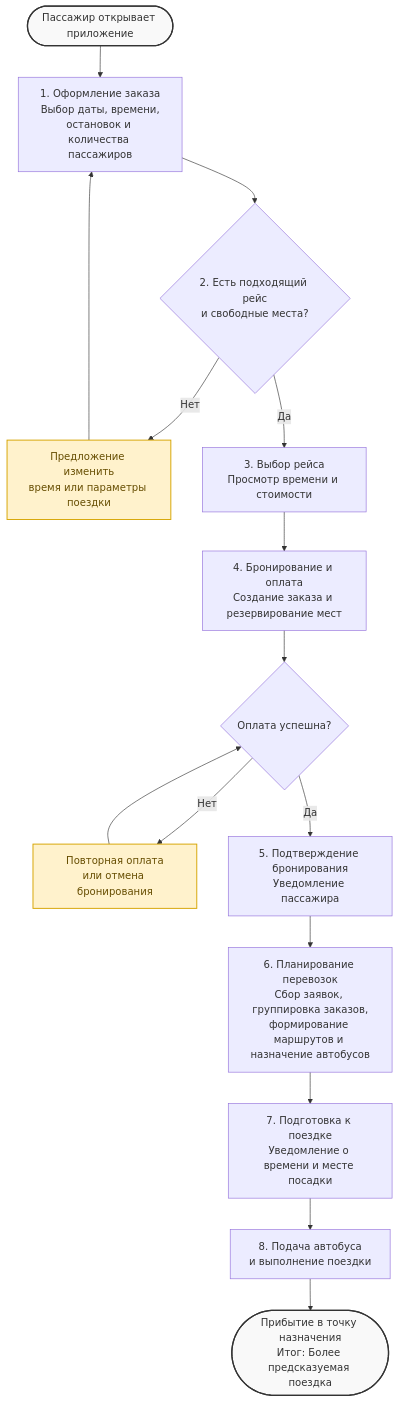
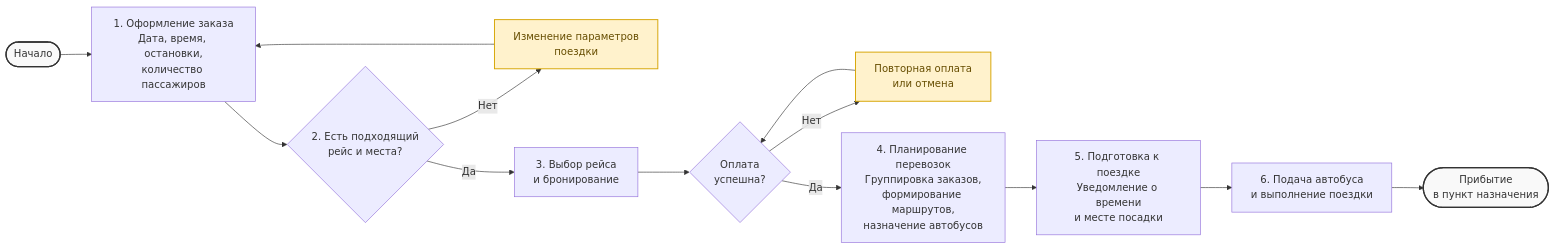
The diagram in docs/research/research_study/to-be.md (victoriapetrova2910/Project_custombus), drawn with Mermaid before and after one commit. The commit also changed other lines of this file, not shown here.

````diff
--- a/docs/research/research_study/to-be.md
+++ b/docs/research/research_study/to-be.md
@@ -3,35 +3,30 @@
 ```mermaid
-flowchart TD
-    Start([Пассажир открывает приложение]) --> Step1[1. Оформление заказа<br/>Выбор даты, времени,<br/>остановок и количества пассажиров]
+flowchart LR
+    Start([Начало]) --> A[1. Оформление заказа<br/>Дата, время, остановки,<br/>количество пассажиров]
 
-    Step1 --> Step2{2. Есть подходящий рейс<br/>и свободные места?}
+    A --> B{2. Есть подходящий<br/>рейс и места?}
 
-    Step2 -- Нет --> Issue1[Предложение изменить<br/>время или параметры поездки]
-    Issue1 --> Step1
+    B -- Нет --> C[Изменение параметров<br/>поездки]
+    C --> A
 
-    Step2 -- Да --> Step3[3. Выбор рейса<br/>Просмотр времени и стоимости]
+    B -- Да --> D[3. Выбор рейса<br/>и бронирование]
 
-    Step3 --> Step4[4. Бронирование и оплата<br/>Создание заказа и резервирование мест]
+    D --> E{Оплата<br/>успешна?}
 
-    Step4 --> Step5{Оплата успешна?}
+    E -- Нет --> F[Повторная оплата<br/>или отмена]
+    F --> E
 
-    Step5 -- Нет --> Issue2[Повторная оплата<br/>или отмена бронирования]
-    Issue2 --> Step5
+    E -- Да --> G[4. Планирование перевозок<br/>Группировка заказов,<br/>формирование маршрутов,<br/>назначение автобусов]
 
-    Step5 -- Да --> Step6[5. Подтверждение бронирования<br/>Уведомление пассажира]
+    G --> H[5. Подготовка к поездке<br/>Уведомление о времени<br/>и месте посадки]
 
-    Step6 --> Step7[6. Планирование перевозок<br/>Сбор заявок, группировка заказов,<br/>формирование маршрутов и назначение автобусов]
+    H --> I[6. Подача автобуса<br/>и выполнение поездки]
 
-    Step7 --> Step8[7. Подготовка к поездке<br/>Уведомление о времени и месте посадки]
+    I --> End([Прибытие<br/>в пункт назначения])
 
-    Step8 --> Step9[8. Подача автобуса<br/>и выполнение поездки]
-
-    Step9 --> End([Прибытие в точку назначения<br/>Итог: Более предсказуемая поездка])
-
-    %% Стилизация узлов
     classDef problem fill:#fff2cc,stroke:#d6a400,color:#664d00,stroke-width:1.5px;
     classDef startEnd fill:#f9f9f9,stroke:#333,stroke-width:2px;
 
-    class Issue1,Issue2 problem;
+    class C,F problem;
     class Start,End startEnd;
 ```
````
